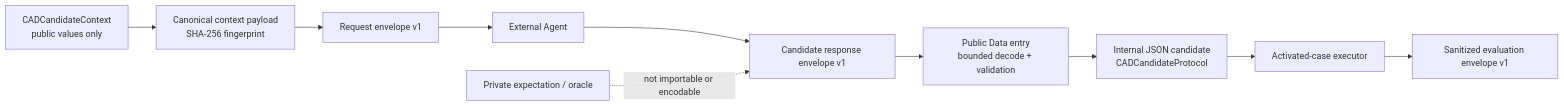
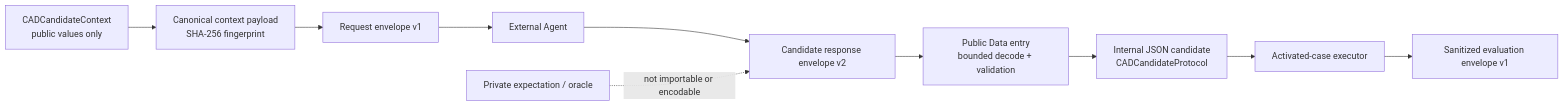
The first of 2 diagrams in RupaKit/Sources/RupaAgentCADBenchmarkJSONAdapter/DESIGN.md (1amageek/Rupa), drawn with Mermaid before and after one commit. The commit also changed other lines of this file and 21 other files, not shown here.

````diff
--- a/RupaKit/Sources/RupaAgentCADBenchmarkJSONAdapter/DESIGN.md
+++ b/RupaKit/Sources/RupaAgentCADBenchmarkJSONAdapter/DESIGN.md
@@ -51,12 +51,12 @@
 ```mermaid
 flowchart LR
     PublicContext["CADCandidateContext\npublic values only"] --> Canonical["Canonical context payload\nSHA-256 fingerprint"]
     Canonical --> Request["Request envelope v1"]
-    External["External Agent"] --> Response["Candidate response envelope v1"]
+    External["External Agent"] --> Response["Candidate response envelope v2"]
     Request --> External
     Response --> Validate["Public Data entry\nbounded decode + validation"]
     Validate --> Candidate["Internal JSON candidate\nCADCandidateProtocol"]
     Candidate --> Executor["Activated-case executor"]
     Executor --> Evaluation["Sanitized evaluation envelope v1"]
     Private["Private expectation / oracle"] -. "not importable or encodable" .-> Response
 ```
````
